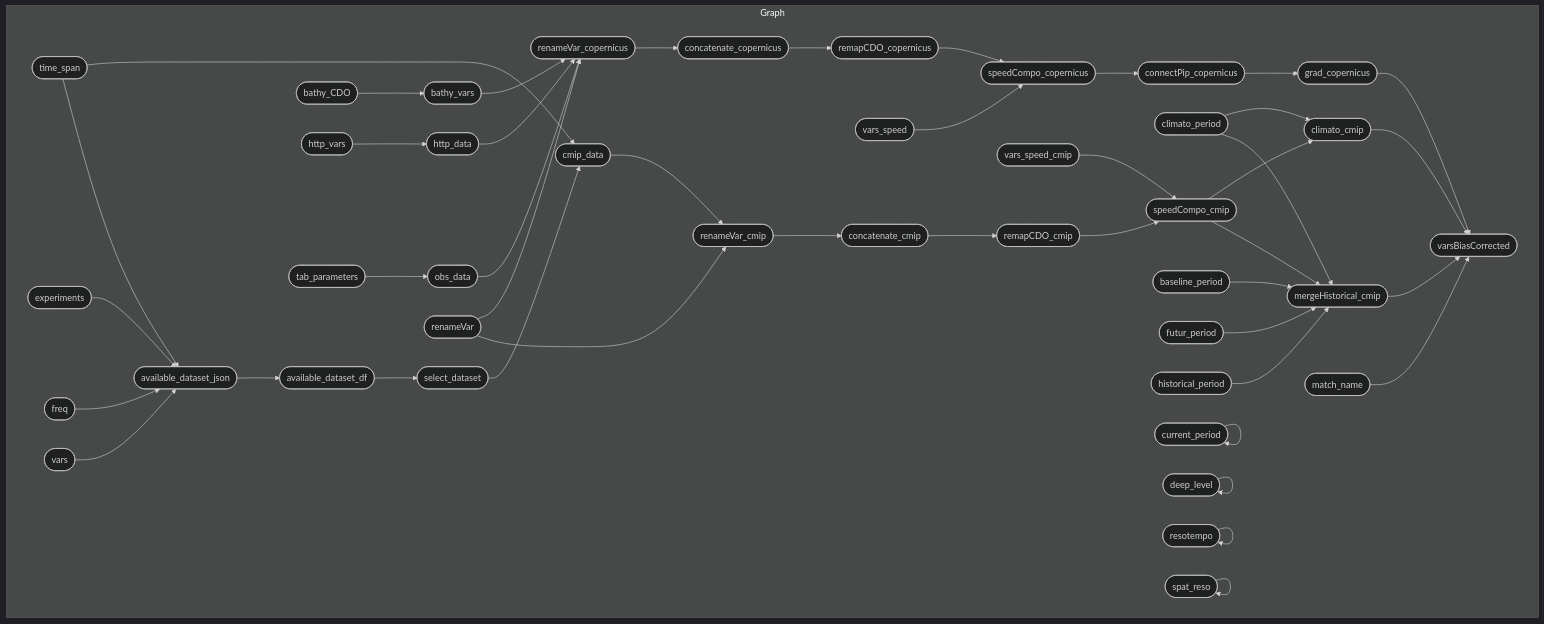
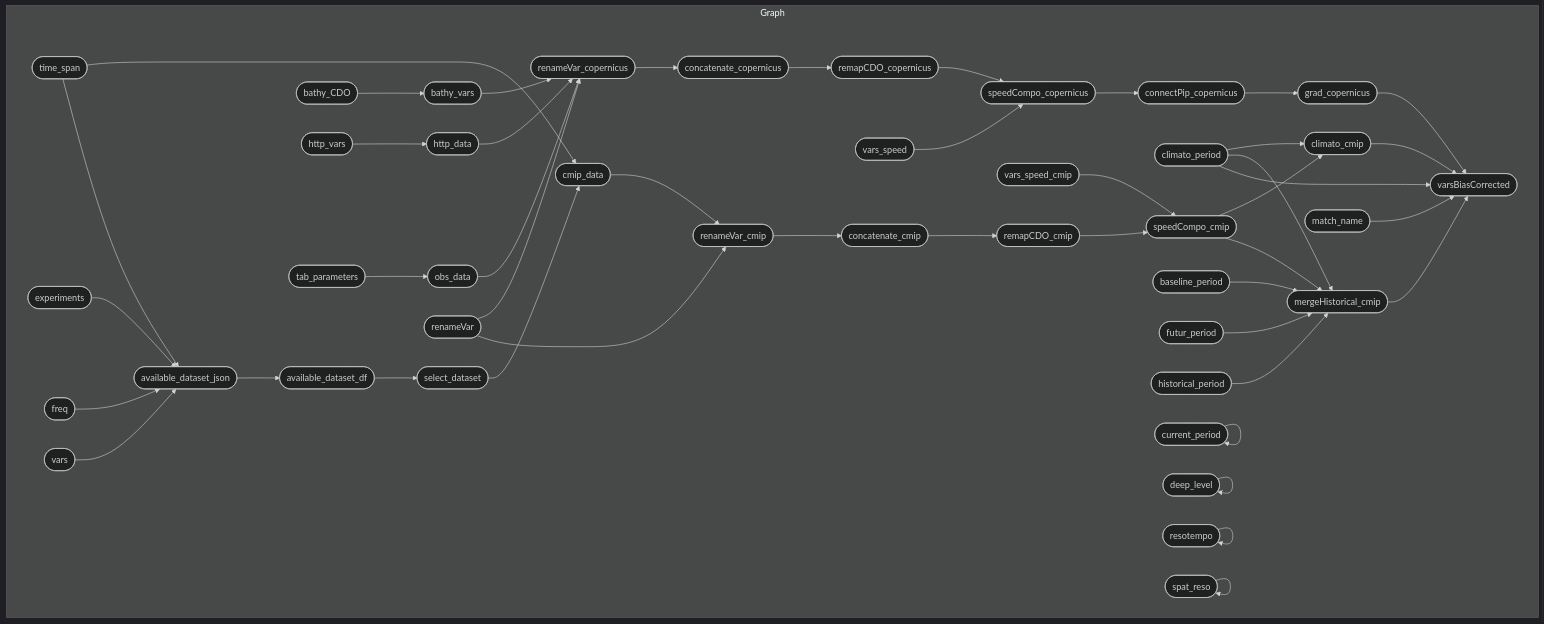
The diagram in README.md (r-fernandezz/downshape), drawn with Mermaid (dark theme) before and after one commit. The commit also changed other lines of this file and 5 other files, not shown here.

Commit message:
📌 PIN DEP: Bias-corrected function ready

````diff
--- a/README.md
+++ b/README.md
@@ -25,48 +25,49 @@
 ``` mermaid
 graph LR
   subgraph Graph
     direction LR
     x6fcf9b0e7fc429ff(["available_dataset_json"]):::uptodate --> xe895740a9b7896f7(["available_dataset_df"]):::uptodate
     x3f5ab24ee8d242b4(["select_dataset"]):::uptodate --> xd8e5f2013a341013(["cmip_data"]):::uptodate
     x2c0118dd07b06ac8(["time_span"]):::uptodate --> xd8e5f2013a341013(["cmip_data"]):::uptodate
     xf4b49e2ba07661b1(["remapCDO_cmip"]):::uptodate --> xe5de19f3be59da20(["speedCompo_cmip"]):::uptodate
     x7a197bdf5f12681a(["vars_speed_cmip"]):::uptodate --> xe5de19f3be59da20(["speedCompo_cmip"]):::uptodate
     xec6283d15a25ed08(["remapCDO_copernicus"]):::outdated --> xfc6ed28680e5db72(["speedCompo_copernicus"]):::outdated
     xca459201a27e8460(["vars_speed"]):::uptodate --> xfc6ed28680e5db72(["speedCompo_copernicus"]):::outdated
-    xf5c6fd225c377a3d(["bathy_CDO"]):::uptodate --> xb5817e1daca13dcc(["bathy_vars"]):::outdated
-    xb5817e1daca13dcc(["bathy_vars"]):::outdated --> xe44467b2b079fc18(["renameVar_copernicus"]):::outdated
+    xf5c6fd225c377a3d(["bathy_CDO"]):::uptodate --> xb5817e1daca13dcc(["bathy_vars"]):::uptodate
+    xb5817e1daca13dcc(["bathy_vars"]):::uptodate --> xe44467b2b079fc18(["renameVar_copernicus"]):::outdated
     x35b468daf9281b76(["http_data"]):::uptodate --> xe44467b2b079fc18(["renameVar_copernicus"]):::outdated
     xd7bca5ba4e5f539d(["obs_data"]):::outdated --> xe44467b2b079fc18(["renameVar_copernicus"]):::outdated
     xd15c82dcb79a7c2e(["renameVar"]):::uptodate --> xe44467b2b079fc18(["renameVar_copernicus"]):::outdated
     x4fe875b2492d0106(["concatenate_cmip"]):::uptodate --> xf4b49e2ba07661b1(["remapCDO_cmip"]):::uptodate
     xd8e5f2013a341013(["cmip_data"]):::uptodate --> x0262297569c18022(["renameVar_cmip"]):::uptodate
     xd15c82dcb79a7c2e(["renameVar"]):::uptodate --> x0262297569c18022(["renameVar_cmip"]):::uptodate
     x71e926299248ce3f(["http_vars"]):::uptodate --> x35b468daf9281b76(["http_data"]):::uptodate
     xbbe4eafa679df977(["climato_period"]):::uptodate --> x0c817e56268c947c(["climato_cmip"]):::uptodate
     xe5de19f3be59da20(["speedCompo_cmip"]):::uptodate --> x0c817e56268c947c(["climato_cmip"]):::uptodate
     xfc6ed28680e5db72(["speedCompo_copernicus"]):::outdated --> xd2707862cf793d3a(["connectPip_copernicus"]):::outdated
     xd2707862cf793d3a(["connectPip_copernicus"]):::outdated --> x37179b61a203cbd3(["grad_copernicus"]):::outdated
     x9289bfb53112cf3b(["concatenate_copernicus"]):::outdated --> xec6283d15a25ed08(["remapCDO_copernicus"]):::outdated
     xac02e5e58926353b(["experiments"]):::uptodate --> x6fcf9b0e7fc429ff(["available_dataset_json"]):::uptodate
     x906e78a8df9f52cb(["freq"]):::uptodate --> x6fcf9b0e7fc429ff(["available_dataset_json"]):::uptodate
     x2c0118dd07b06ac8(["time_span"]):::uptodate --> x6fcf9b0e7fc429ff(["available_dataset_json"]):::uptodate
     x8f15ec77b8dbd81a(["vars"]):::uptodate --> x6fcf9b0e7fc429ff(["available_dataset_json"]):::uptodate
     x21b09bf88a2ff147(["baseline_period"]):::uptodate --> xf21dac5ab86940da(["mergeHistorical_cmip"]):::uptodate
     xbbe4eafa679df977(["climato_period"]):::uptodate --> xf21dac5ab86940da(["mergeHistorical_cmip"]):::uptodate
     xbce5cad1cf7e7103(["futur_period"]):::uptodate --> xf21dac5ab86940da(["mergeHistorical_cmip"]):::uptodate
     x57dd1d5e854c11b6(["historical_period"]):::uptodate --> xf21dac5ab86940da(["mergeHistorical_cmip"]):::uptodate
     xe5de19f3be59da20(["speedCompo_cmip"]):::uptodate --> xf21dac5ab86940da(["mergeHistorical_cmip"]):::uptodate
     x0262297569c18022(["renameVar_cmip"]):::uptodate --> x4fe875b2492d0106(["concatenate_cmip"]):::uptodate
-    x4301c707c2ab0cdc(["tab_parameters"]):::outdated --> xd7bca5ba4e5f539d(["obs_data"]):::outdated
-    x0c817e56268c947c(["climato_cmip"]):::uptodate --> x178958aede3793d9(["varsBiasCorrected"]):::errored
-    x37179b61a203cbd3(["grad_copernicus"]):::outdated --> x178958aede3793d9(["varsBiasCorrected"]):::errored
-    xab1c13260db879af(["match_name"]):::uptodate --> x178958aede3793d9(["varsBiasCorrected"]):::errored
-    xf21dac5ab86940da(["mergeHistorical_cmip"]):::uptodate --> x178958aede3793d9(["varsBiasCorrected"]):::errored
+    x4301c707c2ab0cdc(["tab_parameters"]):::uptodate --> xd7bca5ba4e5f539d(["obs_data"]):::outdated
+    x0c817e56268c947c(["climato_cmip"]):::uptodate --> x178958aede3793d9(["varsBiasCorrected"]):::outdated
+    xbbe4eafa679df977(["climato_period"]):::uptodate --> x178958aede3793d9(["varsBiasCorrected"]):::outdated
+    x37179b61a203cbd3(["grad_copernicus"]):::outdated --> x178958aede3793d9(["varsBiasCorrected"]):::outdated
+    xab1c13260db879af(["match_name"]):::uptodate --> x178958aede3793d9(["varsBiasCorrected"]):::outdated
+    xf21dac5ab86940da(["mergeHistorical_cmip"]):::uptodate --> x178958aede3793d9(["varsBiasCorrected"]):::outdated
     xe44467b2b079fc18(["renameVar_copernicus"]):::outdated --> x9289bfb53112cf3b(["concatenate_copernicus"]):::outdated
     xe895740a9b7896f7(["available_dataset_df"]):::uptodate --> x3f5ab24ee8d242b4(["select_dataset"]):::uptodate
     x084994fb0e480676(["current_period"]):::uptodate --> x084994fb0e480676(["current_period"]):::uptodate
     x625f066a5f205ec8(["deep_level"]):::uptodate --> x625f066a5f205ec8(["deep_level"]):::uptodate
     x55a14a7f5821bbec(["resotempo"]):::uptodate --> x55a14a7f5821bbec(["resotempo"]):::uptodate
     xe73cbbcc20086ecd(["spat_reso"]):::uptodate --> xe73cbbcc20086ecd(["spat_reso"]):::uptodate
   end
 ```
````
